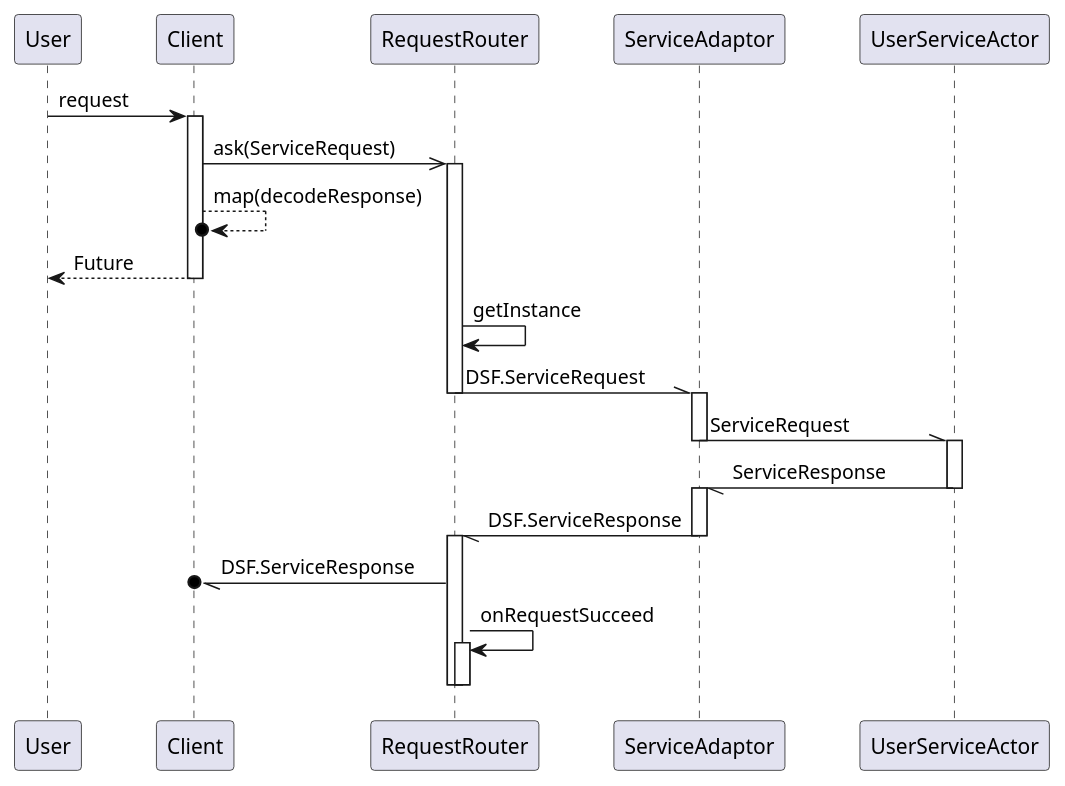
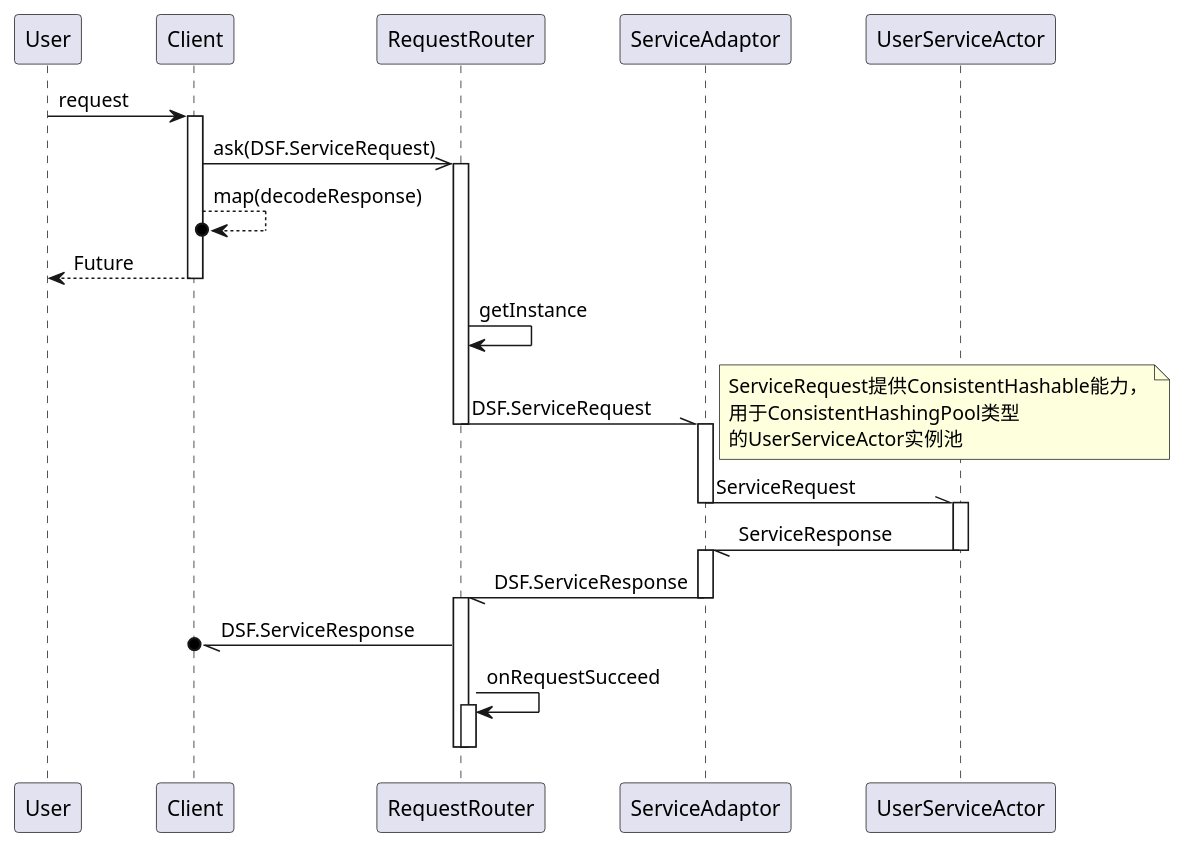
The diagram in aregister/src/main/puml/request.puml (arksea/aregister), drawn with PlantUML before and after one commit. The commit also changed 4 other files, not shown here.

```diff
--- a/aregister/src/main/puml/request.puml
+++ b/aregister/src/main/puml/request.puml
@@ -1,36 +1,37 @@
 @startuml
 skinparam ParticipantPadding 20
 skinparam BoxPadding 20
 
 participant User
 participant Client
 participant RequestRouter
 
 User -> Client: request
 activate Client
-Client ->> RequestRouter: ask(ServiceRequest)
+Client ->> RequestRouter: ask(DSF.ServiceRequest)
 activate RequestRouter
 Client -->o Client: map(decodeResponse)
 User <-- Client: Future
 deactivate Client
 RequestRouter -> RequestRouter : getInstance
 RequestRouter -\\ ServiceAdaptor: DSF.ServiceRequest
 deactivate RequestRouter
 activate ServiceAdaptor
+note right: ServiceRequest提供ConsistentHashable能力，\n用于ConsistentHashingPool类型\n的UserServiceActor实例池
 ServiceAdaptor -\\ UserServiceActor: ServiceRequest
 deactivate ServiceAdaptor
 activate UserServiceActor
 UserServiceActor -// ServiceAdaptor: ServiceResponse
 deactivate UserServiceActor
 activate ServiceAdaptor
 ServiceAdaptor -// RequestRouter: DSF.ServiceResponse
 deactivate ServiceAdaptor
 activate RequestRouter
 RequestRouter -//o Client: DSF.ServiceResponse
 RequestRouter -> RequestRouter: onRequestSucceed
 activate RequestRouter
 deactivate RequestRouter
 deactivate RequestRouter
 
 
 @enduml
```
